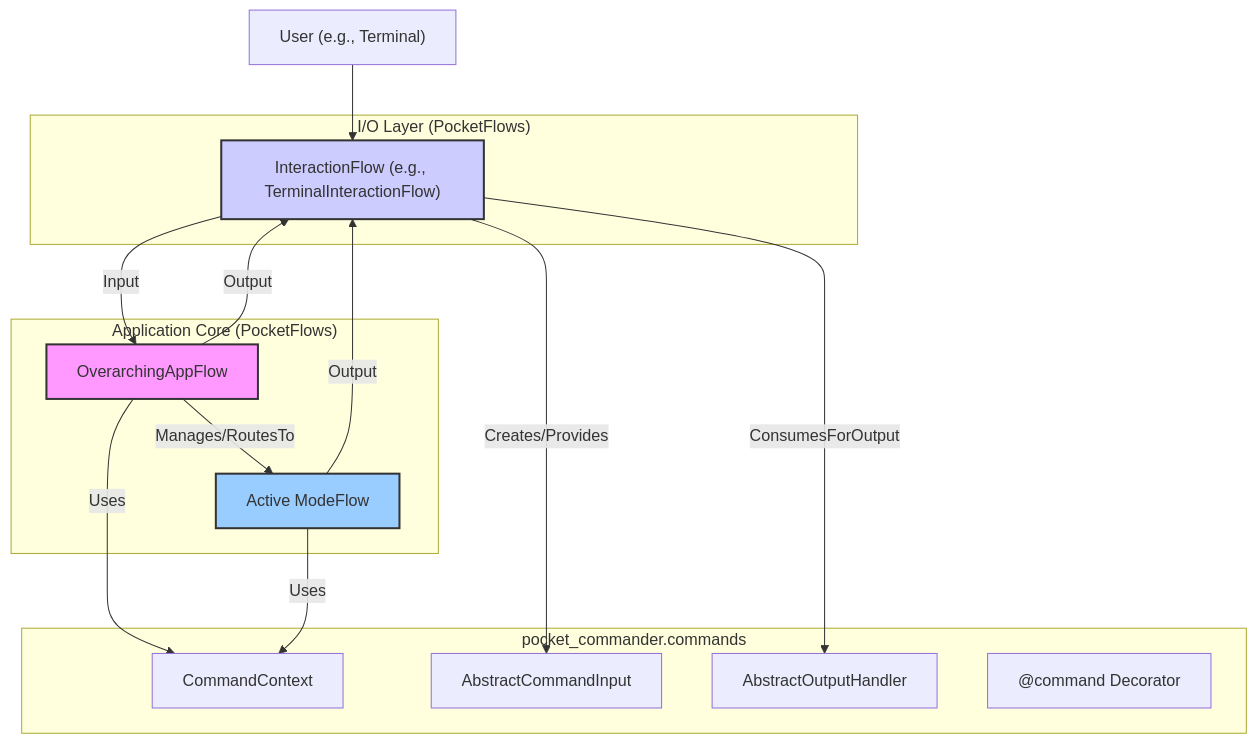
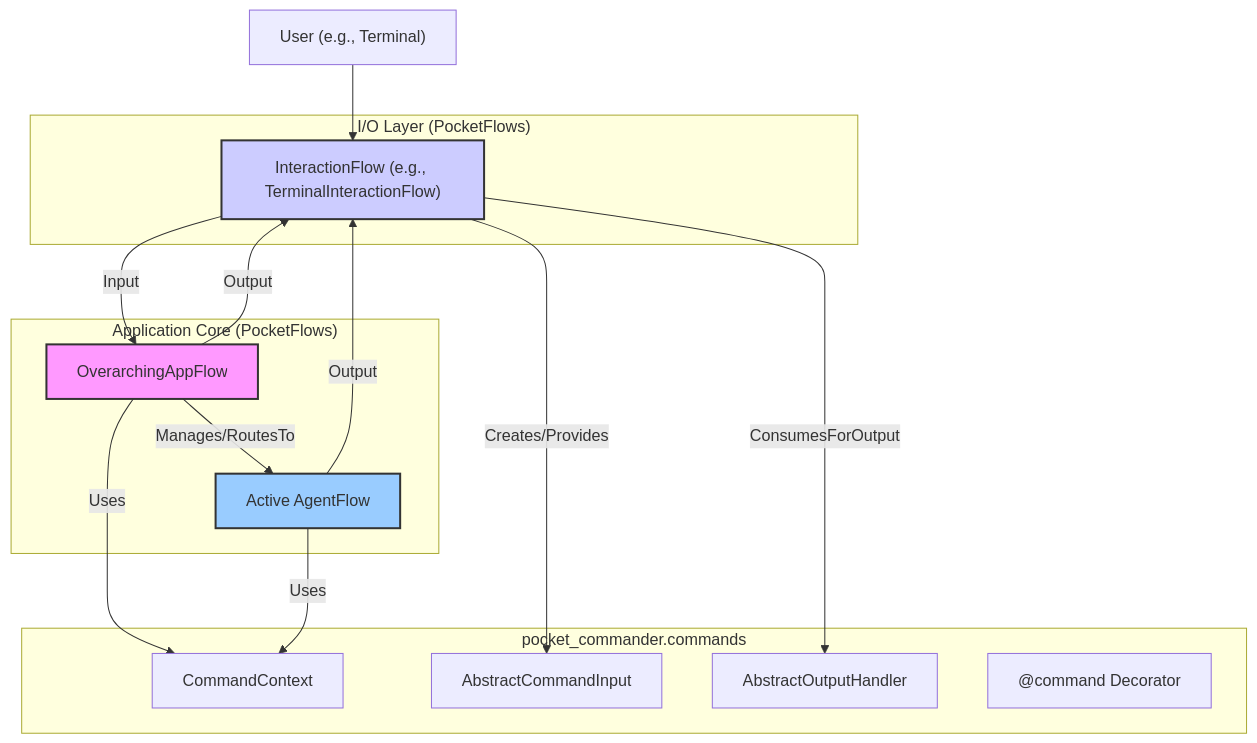
The first of 2 diagrams in docs/pocketflow_centric_architecture_plan.md (petarkabashki/pocket-commander), drawn with Mermaid before and after one commit. The commit also changed other lines of this file and 53 other files, not shown here.

````diff
--- a/docs/pocketflow_centric_architecture_plan.md
+++ b/docs/pocketflow_centric_architecture_plan.md
@@ -110,33 +110,33 @@
 ```mermaid
 graph TD
     UserInterface["User (e.g., Terminal)"] --> InteractionFlow["InteractionFlow (e.g., TerminalInteractionFlow)"]
     InteractionFlow -- Input --> OverarchingAppFlow["OverarchingAppFlow"]
     OverarchingAppFlow -- Output --> InteractionFlow
-    OverarchingAppFlow -- Manages/RoutesTo --> ActiveModeFlow["Active ModeFlow"]
-    ActiveModeFlow -- Output --> InteractionFlow
+    OverarchingAppFlow -- Manages/RoutesTo --> ActiveAgentFlow["Active AgentFlow"]
+    ActiveAgentFlow -- Output --> InteractionFlow
 
     subgraph "Application Core (PocketFlows)"
         OverarchingAppFlow
-        ActiveModeFlow
+        ActiveAgentFlow
     end
 
     subgraph "I/O Layer (PocketFlows)"
         InteractionFlow
     end
 
     subgraph "pocket_commander.commands"
         CommandContext["CommandContext"]
         AbstractInputCommand["AbstractCommandInput"]
         AbstractOutputHandler["AbstractOutputHandler"]
         CommandDecorator["@command Decorator"]
     end
 
     OverarchingAppFlow -- Uses --> CommandContext
-    ActiveModeFlow -- Uses --> CommandContext
+    ActiveAgentFlow -- Uses --> CommandContext
     InteractionFlow -- Creates/Provides --> AbstractInputCommand
     InteractionFlow -- ConsumesForOutput --> AbstractOutputHandler
 
     style OverarchingAppFlow fill:#f9f,stroke:#333,stroke-width:2px
     style InteractionFlow fill:#ccf,stroke:#333,stroke-width:2px
-    style ActiveModeFlow fill:#9cf,stroke:#333,stroke-width:2px
+    style ActiveAgentFlow fill:#9cf,stroke:#333,stroke-width:2px
 ```
````
